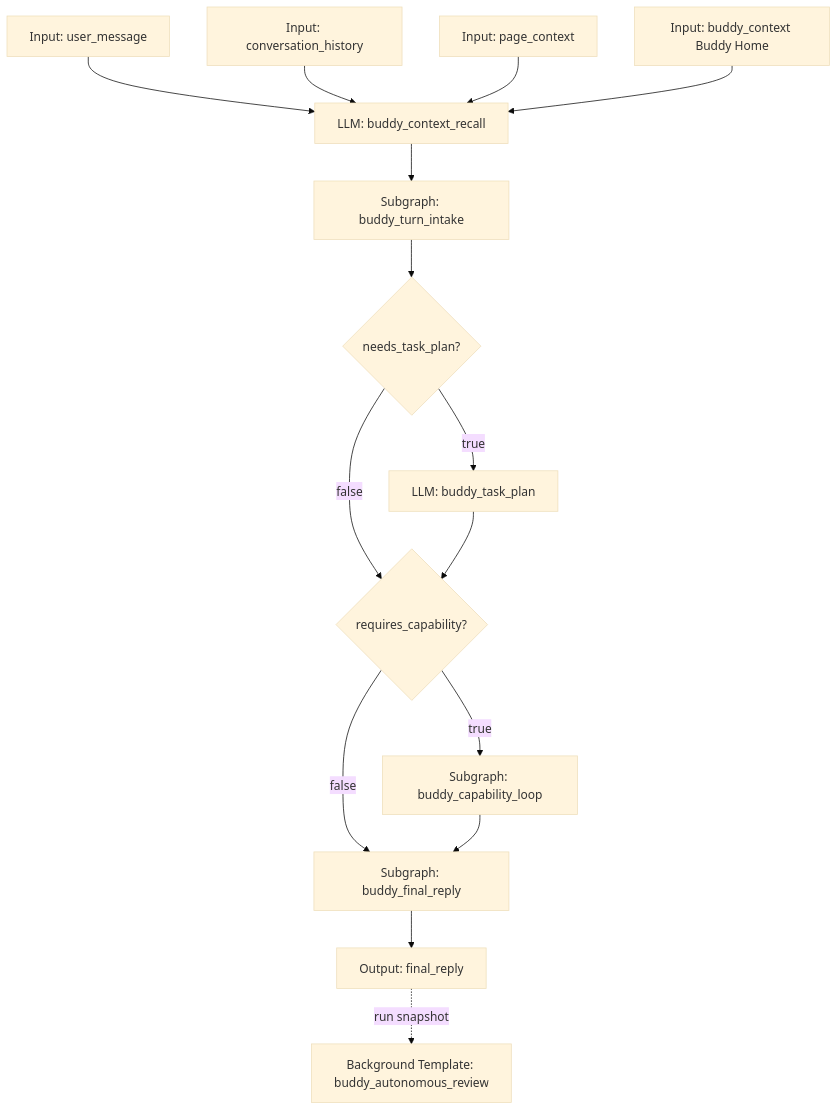
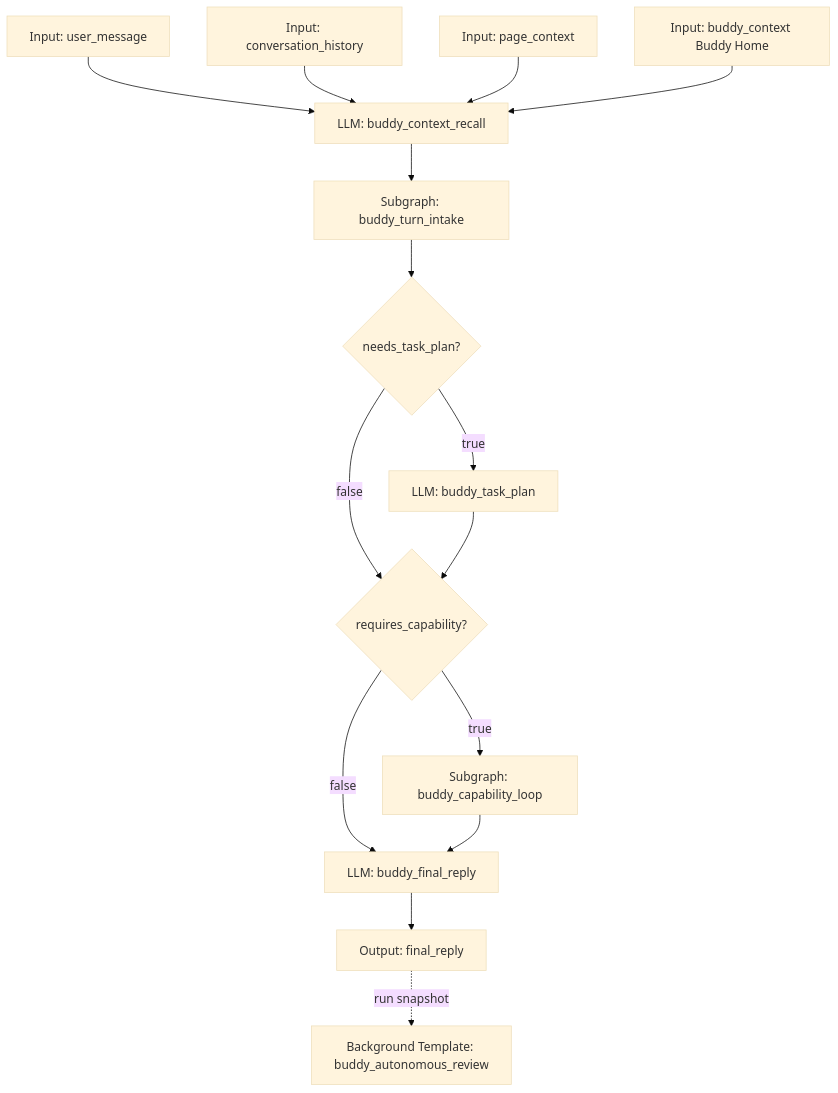
The first of 7 diagrams in docs/future/buddy-autonomous-agent-roadmap.md (OoABYSSoO/TooGraph), drawn with Mermaid (base theme) before and after one commit. The commit also changed other lines of this file and 5 other files, not shown here.

````diff
--- a/docs/future/buddy-autonomous-agent-roadmap.md
+++ b/docs/future/buddy-autonomous-agent-roadmap.md
@@ -94,18 +94,18 @@
 ```mermaid
 flowchart TD
   U[Input: user_message] --> R[LLM: buddy_context_recall]
   H[Input: conversation_history] --> R
   P[Input: page_context] --> R
   B[Input: buddy_context Buddy Home] --> R
 
   R --> I[Subgraph: buddy_turn_intake]
   I --> T{needs_task_plan?}
   T -- true --> P0[LLM: buddy_task_plan]
   T -- false --> C{requires_capability?}
   P0 --> C
-  C -- false --> F[Subgraph: buddy_final_reply]
+  C -- false --> F[LLM: buddy_final_reply]
   C -- true --> L[Subgraph: buddy_capability_loop]
   L --> F
   F --> O[Output: final_reply]
   O -. run snapshot .-> BG[Background Template: buddy_autonomous_review]
 ```
````
